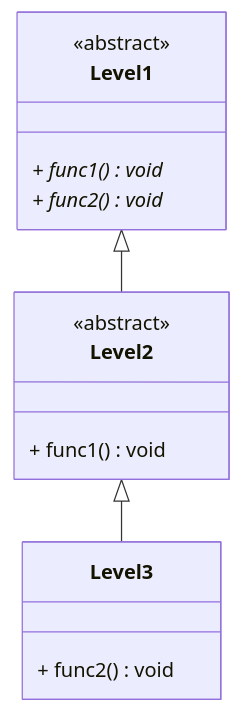
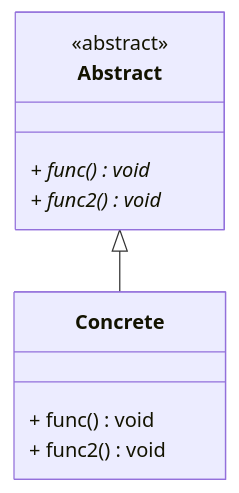
One commit to Apisteftos/QtTutorialCpp changed the third of 9 diagrams in 02_OOP/03_Abstraction/Readme.md. Above: the diagram before and after it, drawn with Mermaid. The commit also changed other lines of this file, not shown here.

Commit message:
feat: updating the readme.md with mermaid visualisation

````diff
--- a/02_OOP/03_Abstraction/Readme.md
+++ b/02_OOP/03_Abstraction/Readme.md
@@ -472,17 +493,13 @@
 ```mermaid
 classDiagram
-    class Level1 {
+    class Abstract {
         <<abstract>>
-        + func1() void*
+        + func() void*
         + func2() void*
     }
-    class Level2 {
-        <<abstract>>
-        + func1() void
-    }
-    class Level3 {
+    class Concrete {
+        + func() void
         + func2() void
     }
-    Level1 <|-- Level2
-    Level2 <|-- Level3
+    Abstract <|-- Concrete
 ```
````
